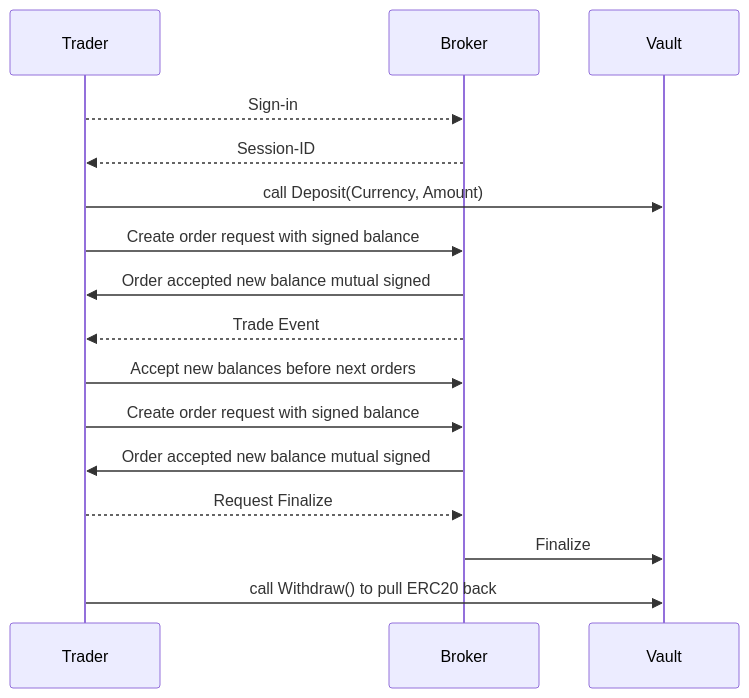
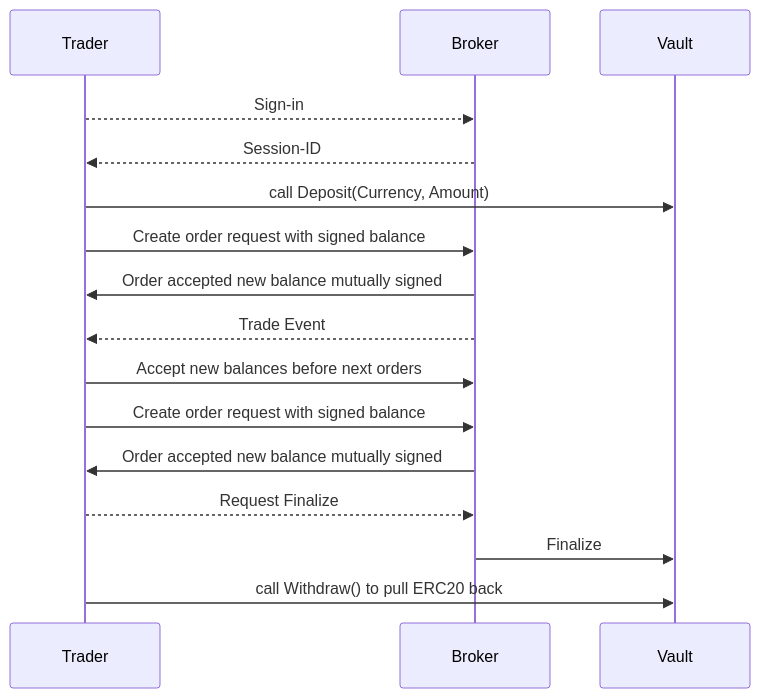
Before and after one commit to openware/open-finance: the first of 2 diagrams in docs/10_trading-channels.md, drawn with Mermaid. The commit also changed other lines of this file, not shown here.

````diff
--- a/docs/10_trading-channels.md
+++ b/docs/10_trading-channels.md
@@ -35,16 +34,16 @@
 ```mermaid
 sequenceDiagram;
     Trader-->>Broker: Sign-in
     Broker-->>Trader: Session-ID
     Trader->>Vault: call Deposit(Currency, Amount)
     Trader->>Broker: Create order request with signed balance
-    Broker->>Trader: Order accepted new balance mutual signed
+    Broker->>Trader: Order accepted new balance mutually signed
     Broker-->>Trader: Trade Event
     Trader->>Broker: Accept new balances before next orders
     Trader->>Broker: Create order request with signed balance
-    Broker->>Trader: Order accepted new balance mutual signed
+    Broker->>Trader: Order accepted new balance mutually signed
     Trader-->>Broker: Request Finalize
     Broker->>Vault: Finalize
     Trader->>Vault: call Withdraw() to pull ERC20 back
 
 ```
````
